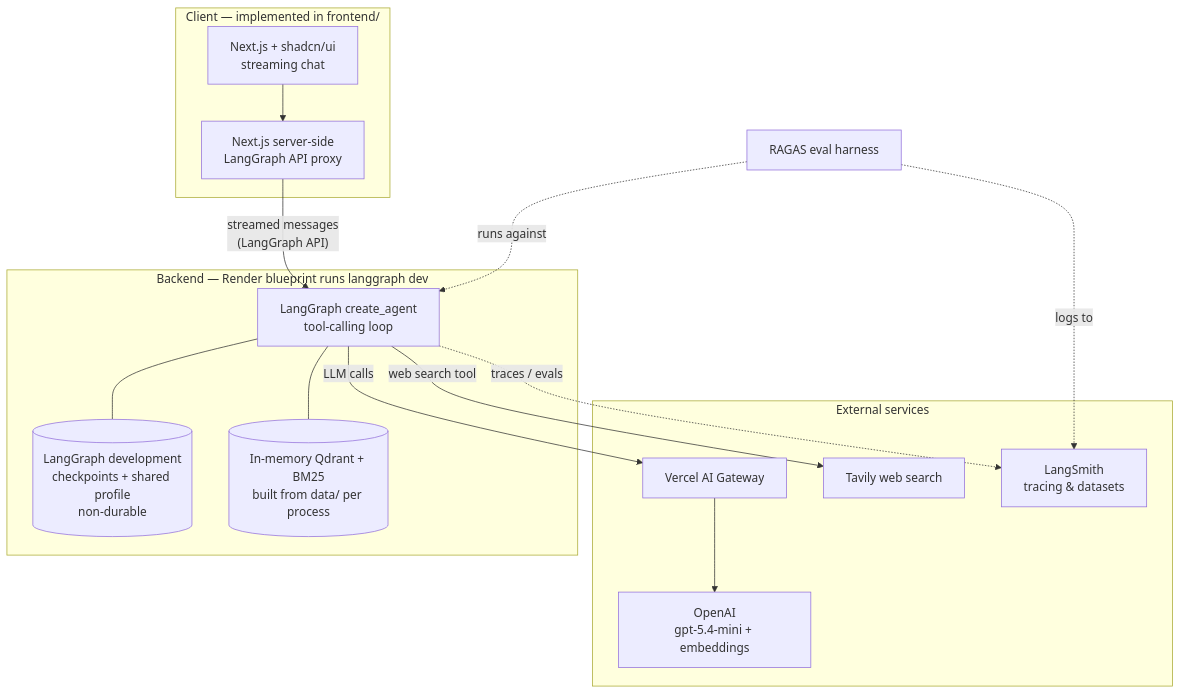
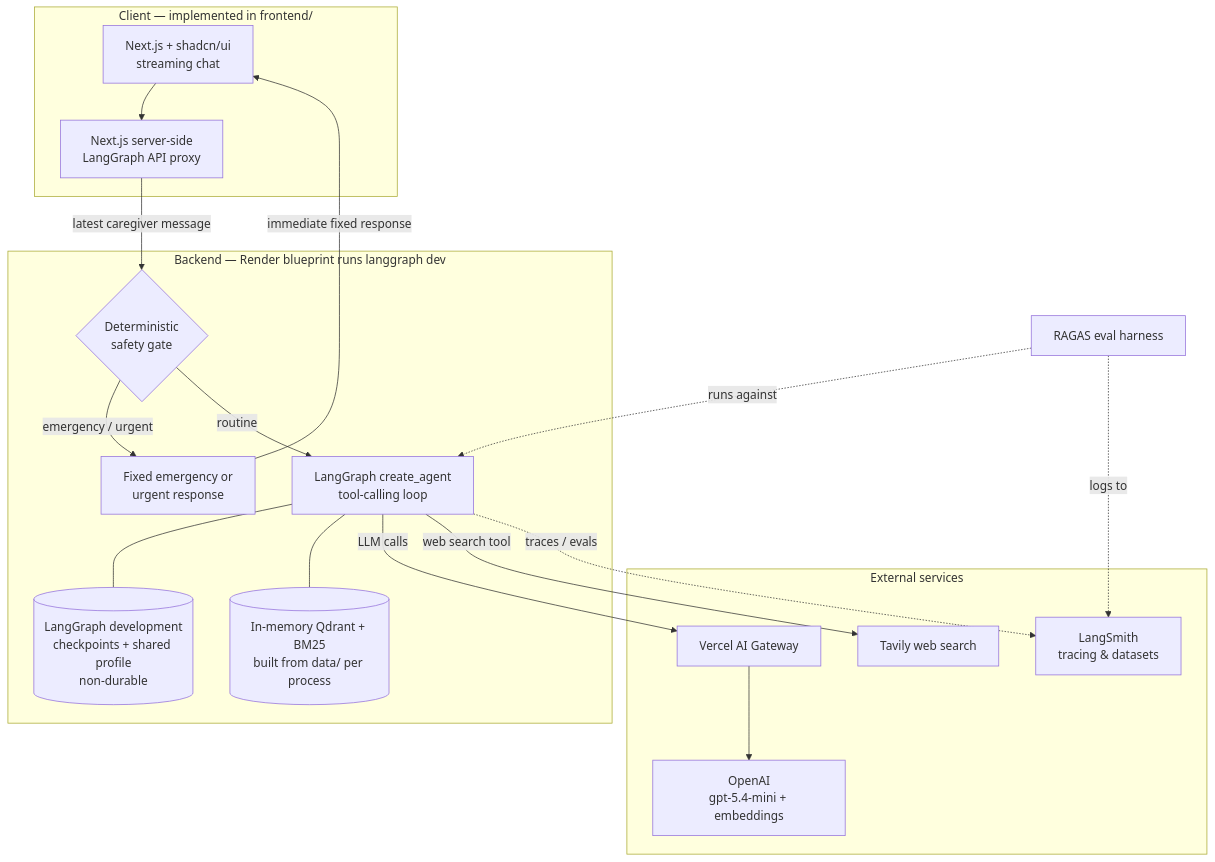
Before and after one commit to wiguo/beedoula: the second of 4 diagrams in docs/certification-challenge.md, drawn with Mermaid. The commit also changed other lines of this file and 10 other files, not shown here.

Commit message:
Add deterministic safety routing and pressure tests

````diff
--- a/docs/certification-challenge.md
+++ b/docs/certification-challenge.md
@@ -79,27 +79,32 @@
 ```mermaid
 flowchart TB
     subgraph Client["Client — implemented in frontend/"]
         UI[Next.js + shadcn/ui<br/>streaming chat]
         PX[Next.js server-side<br/>LangGraph API proxy]
         UI --> PX
     end
     subgraph Server["Backend — Render blueprint runs langgraph dev"]
+        SG{Deterministic<br/>safety gate}
+        FIX[Fixed emergency or<br/>urgent response]
         LG[LangGraph create_agent<br/>tool-calling loop]
         MEM[(LangGraph development<br/>checkpoints + shared profile<br/>non-durable)]
         IDX[(In-memory Qdrant + BM25<br/>built from data/ per process)]
         LG --- MEM
         LG --- IDX
     end
     subgraph External["External services"]
         GW[Vercel AI Gateway]
         OAI[OpenAI<br/>gpt-5.4-mini + embeddings]
         TAV[Tavily web search]
         LS[LangSmith<br/>tracing & datasets]
     end
-    PX -- "streamed messages<br/>(LangGraph API)" --> LG
+    PX -- "latest caregiver message" --> SG
+    SG -- "emergency / urgent" --> FIX
+    SG -- "routine" --> LG
+    FIX -- "immediate fixed response" --> UI
     LG -- "LLM calls" --> GW --> OAI
     LG -- "web search tool" --> TAV
     LG -. "traces / evals" .-> LS
     RAGAS[RAGAS eval harness] -. "runs against" .-> LG
     RAGAS -. "logs to" .-> LS
 ```
````
